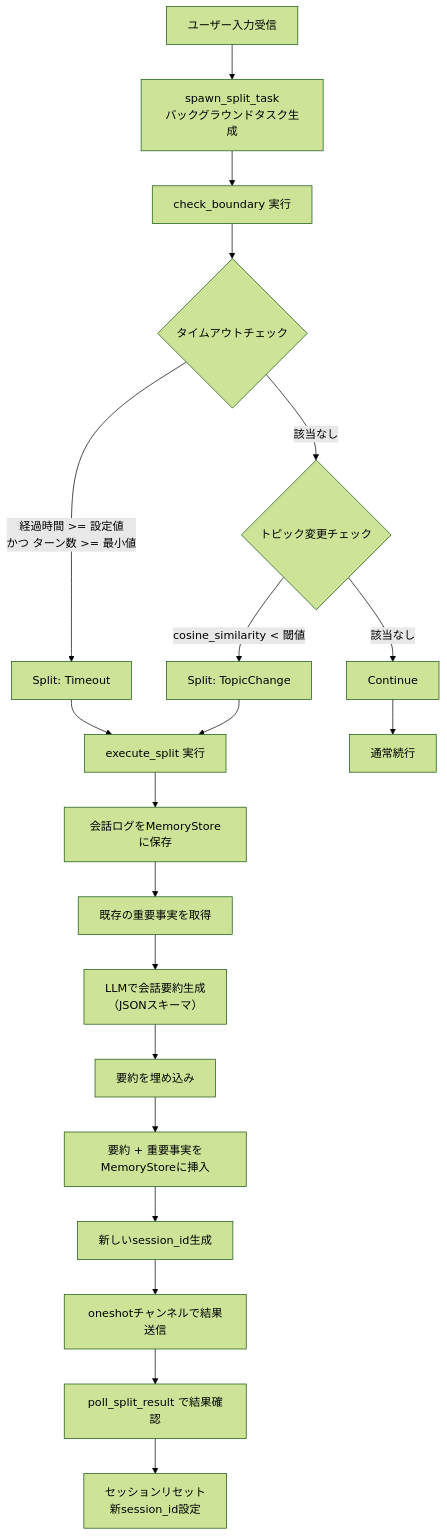
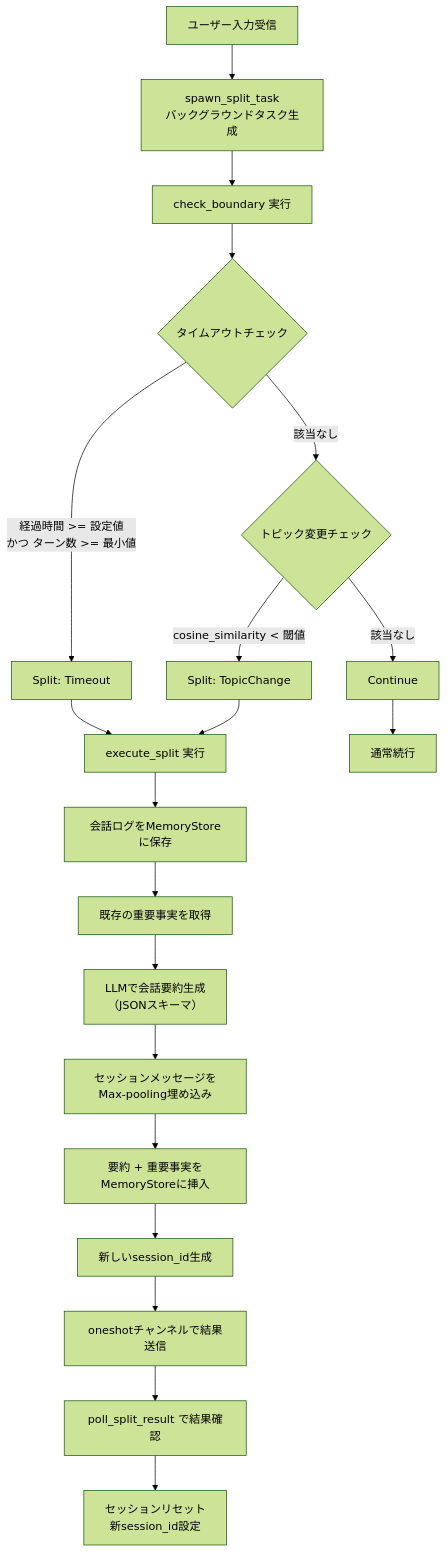
The fourth of 13 diagrams in docs/ai-core-flow.md (pexisgle/ene), drawn with Mermaid (forest theme) before and after one commit. The commit also changed other lines of this file and 29 other files, not shown here.

````diff
--- a/docs/ai-core-flow.md
+++ b/docs/ai-core-flow.md
@@ -207,28 +239,28 @@
 ```mermaid
 flowchart TD
     A[ユーザー入力受信] --> B[spawn_split_task<br/>バックグラウンドタスク生成]
     B --> C[check_boundary 実行]
 
     C --> D{タイムアウトチェック}
     D -->|経過時間 >= 設定値<br/>かつ ターン数 >= 最小値| E[Split: Timeout]
     D -->|該当なし| F{トピック変更チェック}
 
     F -->|cosine_similarity < 閾値| G[Split: TopicChange]
     F -->|該当なし| H[Continue]
 
     E --> I[execute_split 実行]
     G --> I
 
     I --> J[会話ログをMemoryStoreに保存]
     J --> K[既存の重要事実を取得]
     K --> L[LLMで会話要約生成<br/>（JSONスキーマ）]
-    L --> M[要約を埋め込み]
+    L --> M[セッションメッセージをMax-pooling埋め込み]
     M --> N[要約 + 重要事実をMemoryStoreに挿入]
     N --> O[新しいsession_id生成]
     O --> P[oneshotチャンネルで結果送信]
 
     H --> Q[通常続行]
 
     P --> R[poll_split_result で結果確認]
     R --> S[セッションリセット<br/>新session_id設定]
 ```
````
